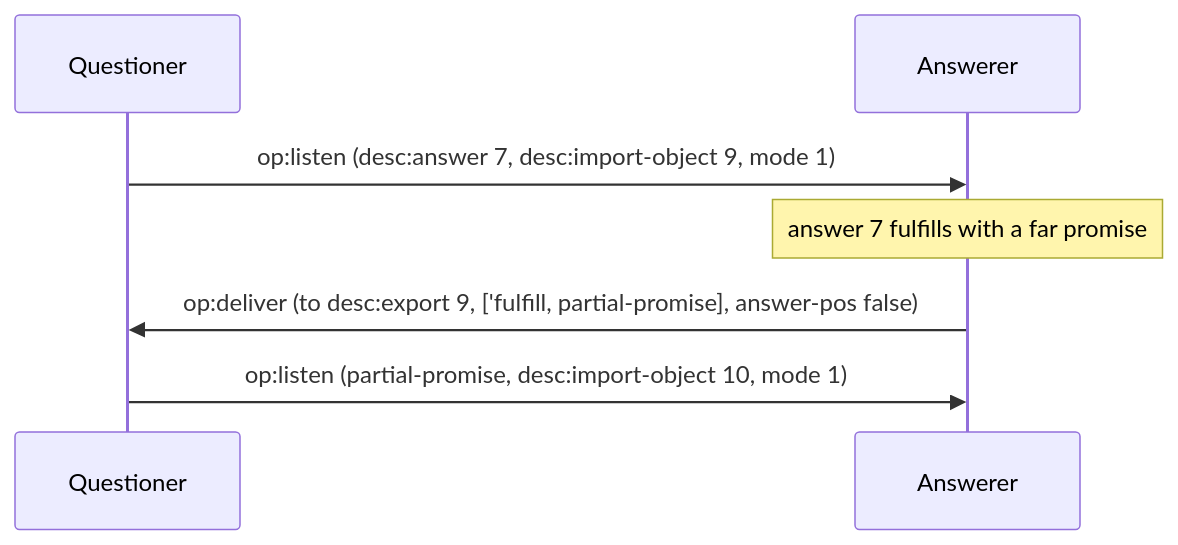
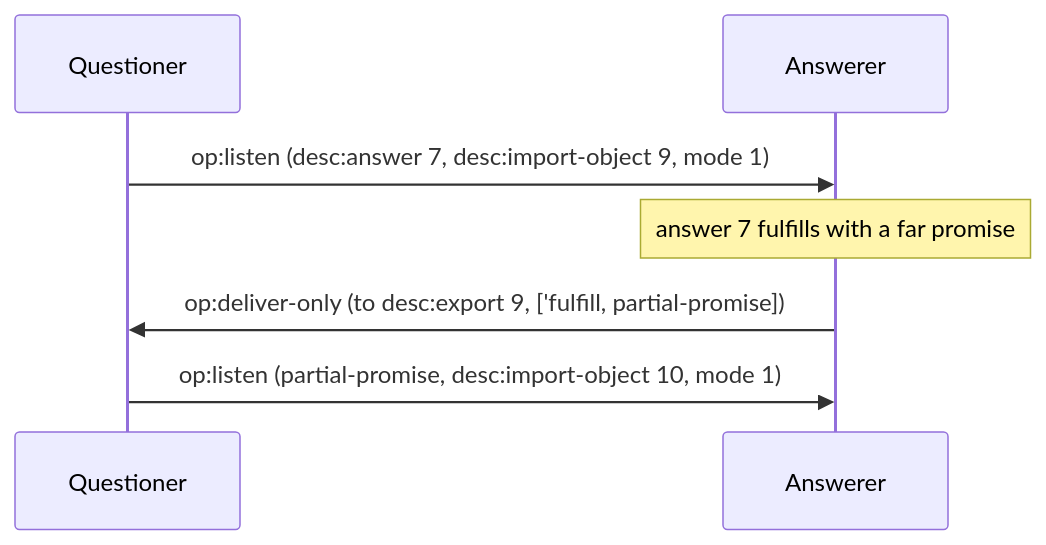
The sixth of 7 diagrams in docs/protocol-diagrams/03-promises-and-pipelining.md (glowcap-org/glowcap), drawn with Mermaid before and after one commit. The commit also changed other lines of this file and 371 other files, not shown here.

````diff
--- a/docs/protocol-diagrams/03-promises-and-pipelining.md
+++ b/docs/protocol-diagrams/03-promises-and-pipelining.md
@@ -111,9 +108,9 @@
 ```mermaid
 sequenceDiagram
     participant Q as Questioner
     participant R as Answerer
     Q->>R: op:listen (desc:answer 7, desc:import-object 9, mode 1)
     Note over R: answer 7 fulfills with a far promise
-    R->>Q: op:deliver (to desc:export 9, ['fulfill, partial-promise], answer-pos false)
+    R->>Q: op:deliver-only (to desc:export 9, ['fulfill, partial-promise])
     Q->>R: op:listen (partial-promise, desc:import-object 10, mode 1)
 ```
````
